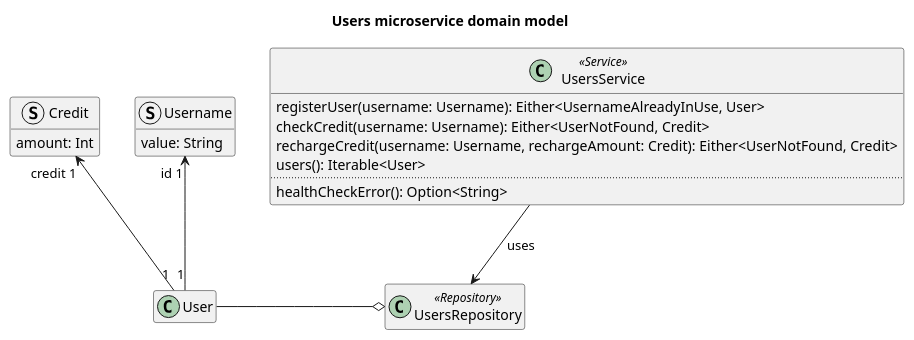
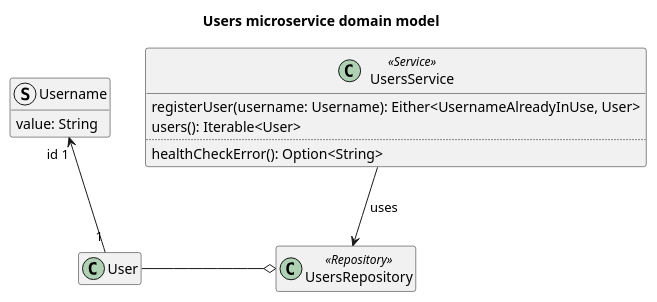
The diagram in doc/diagrams/src/users-microservice-domain-model.puml (Ventus218/SAP-assignment-03), drawn with PlantUML before and after one commit. The commit also changed 11 other files, not shown here.

```diff
--- a/doc/diagrams/src/users-microservice-domain-model.puml
+++ b/doc/diagrams/src/users-microservice-domain-model.puml
@@ -1,33 +1,26 @@
 @startuml users-microservice-domain-model
 
 title Users microservice domain model
 
 class User {}
 
 struct Username {
     value: String
 }
 User "1" -u-> "id 1" Username
 
-struct Credit {
-    amount: Int
-}
-User "1" -u-> "credit 1" Credit
-
 class UsersRepository <<Repository>>
 UsersRepository o-l- User
 
 class UsersService <<Service>> {
     registerUser(username: Username): Either<UsernameAlreadyInUse, User>
-    checkCredit(username: Username): Either<UserNotFound, Credit>
-    rechargeCredit(username: Username, rechargeAmount: Credit): Either<UserNotFound, Credit>
     users(): Iterable<User>
     ..
     healthCheckError(): Option<String>
 }
 
 UsersService --> UsersRepository : "uses"
 
 hide empty members
 
 @enduml
```
